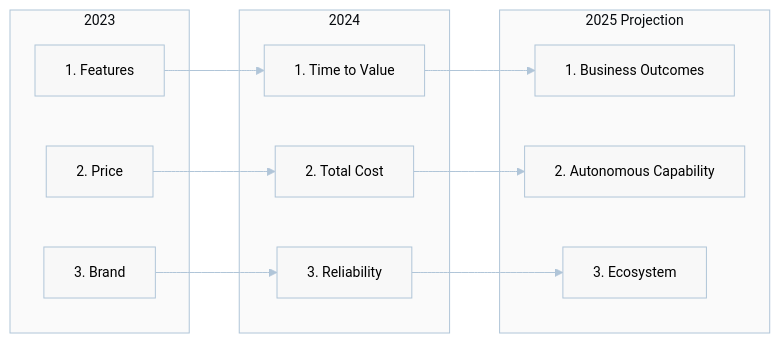
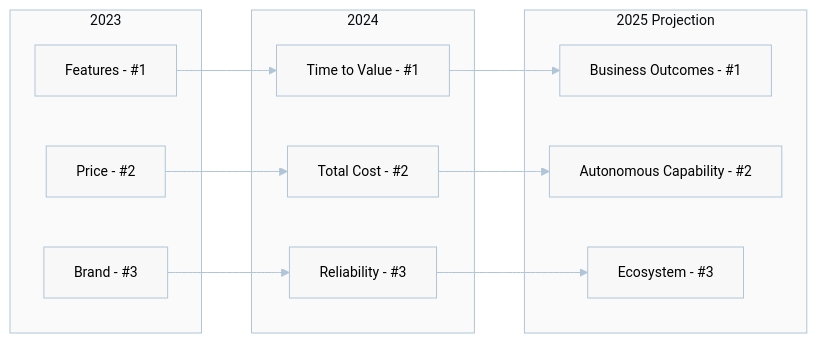
Before and after one commit to o2alexanderfedin/AI-Hive-Business-Docs: the sixth of 10 diagrams in business-documents/competitive-positioning/08-win-loss-analysis.md, drawn with Mermaid. The commit also changed other lines of this file, not shown here.

First line of the commit message:
Fix win-loss analysis diagram issues

````diff
--- a/business-documents/competitive-positioning/08-win-loss-analysis.md
+++ b/business-documents/competitive-positioning/08-win-loss-analysis.md
@@ -388,49 +388,49 @@
 ```mermaid
 %%{init: {
   'theme': 'base',
   'themeVariables': {
     'primaryColor': '#E0E8F0',
     'primaryTextColor': '#000000',
     'primaryBorderColor': '#B0C5D8',
     'lineColor': '#B0C5D8',
     'secondaryColor': '#D5E8E0',
     'background': '#FFFFFF',
     'mainBkg': '#F8F8F8',
     'secondBkg': '#F0F0F0',
     'darkMode': false,
     'fontFamily': 'Arial, sans-serif',
     'fontSize': '14px',
     'textColor': '#000000',
     'nodeBkg': '#F5F5F5',
     'nodeBorder': '#B0C5D8',
     'clusterBkg': '#FAFAFA',
     'clusterBorder': '#B0C5D8',
     'defaultLinkColor': '#B0C5D8'
   }
 }}%%
 graph LR
     subgraph "2023"
-        A1[1. Features]
-        A2[2. Price]
-        A3[3. Brand]
+        A1[Features - #1]
+        A2[Price - #2]
+        A3[Brand - #3]
     end
 
     subgraph "2024"
-        B1[1. Time to Value]
-        B2[2. Total Cost]
-        B3[3. Reliability]
+        B1[Time to Value - #1]
+        B2[Total Cost - #2]
+        B3[Reliability - #3]
     end
 
     subgraph "2025 Projection"
-        C1[1. Business Outcomes]
-        C2[2. Autonomous Capability]
-        C3[3. Ecosystem]
+        C1[Business Outcomes - #1]
+        C2[Autonomous Capability - #2]
+        C3[Ecosystem - #3]
     end
 
     A1 --> B1
     A2 --> B2
     A3 --> B3
     B1 --> C1
     B2 --> C2
     B3 --> C3
 ```
````
